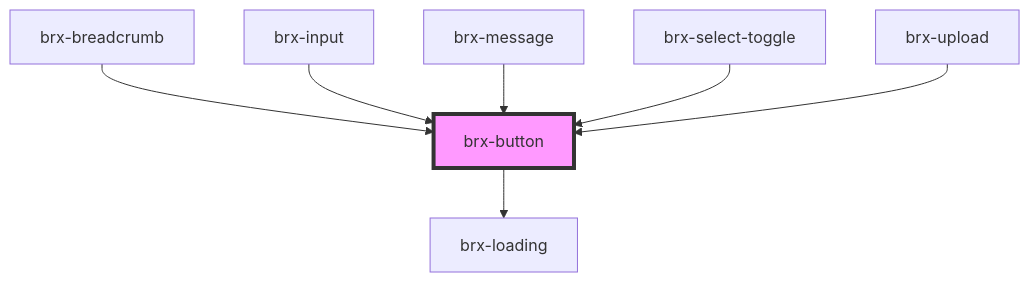
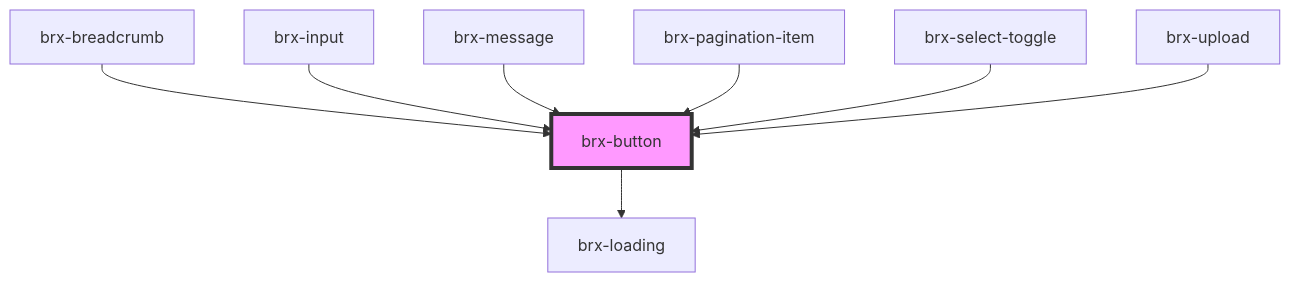
Before and after one commit to copperui/copperui: the diagram in packages/core/src/components/brx-button/readme.md, drawn with Mermaid. The commit also changed other lines of this file and 26 other files, not shown here.

Commit message:
feat(core): components: brx-pagination (#50) [WIP]

````diff
--- a/packages/core/src/components/brx-button/readme.md
+++ b/packages/core/src/components/brx-button/readme.md
@@ -54,10 +55,11 @@
 ```mermaid
 graph TD;
   brx-button --> brx-loading
   brx-breadcrumb --> brx-button
   brx-input --> brx-button
   brx-message --> brx-button
+  brx-pagination-item --> brx-button
   brx-select-toggle --> brx-button
   brx-upload --> brx-button
   style brx-button fill:#f9f,stroke:#333,stroke-width:4px
 ```
````
